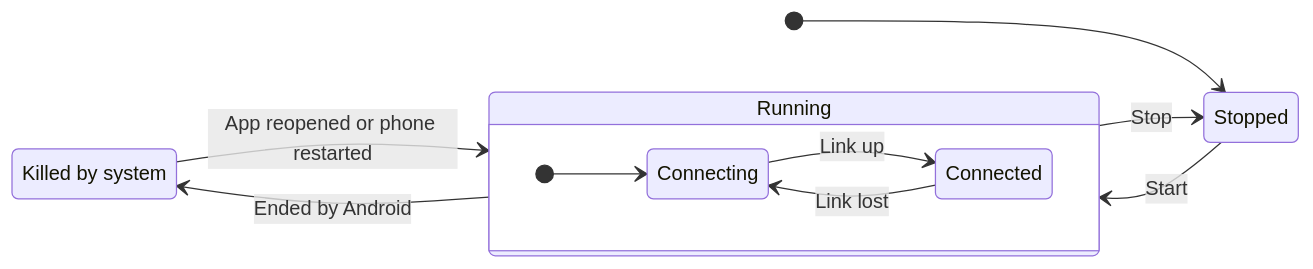
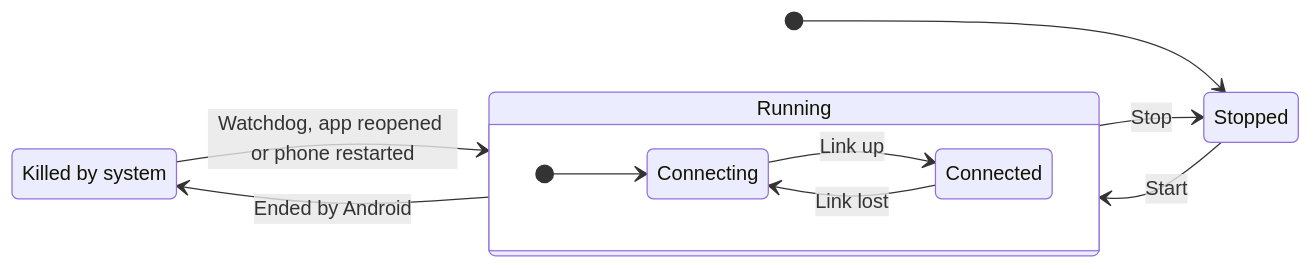
One commit to rnk-io/kdec-bridge changed the third of 3 diagrams in README.md. Above: the diagram before and after it, drawn with Mermaid. The commit also changed other lines of this file and 15 other files, not shown here.

````diff
--- a/README.md
+++ b/README.md
@@ -219,16 +230,16 @@
 ```mermaid
 stateDiagram-v2
     direction LR
     state "Killed by system" as Killed
     [*] --> Stopped
     Stopped --> Running: Start
     state Running {
         direction LR
         [*] --> Connecting
         Connecting --> Connected: Link up
         Connected --> Connecting: Link lost
     }
     Running --> Stopped: Stop
     Running --> Killed: Ended by Android
-    Killed --> Running: App reopened or phone restarted
+    Killed --> Running: Watchdog, app reopened or phone restarted
 ```
````
